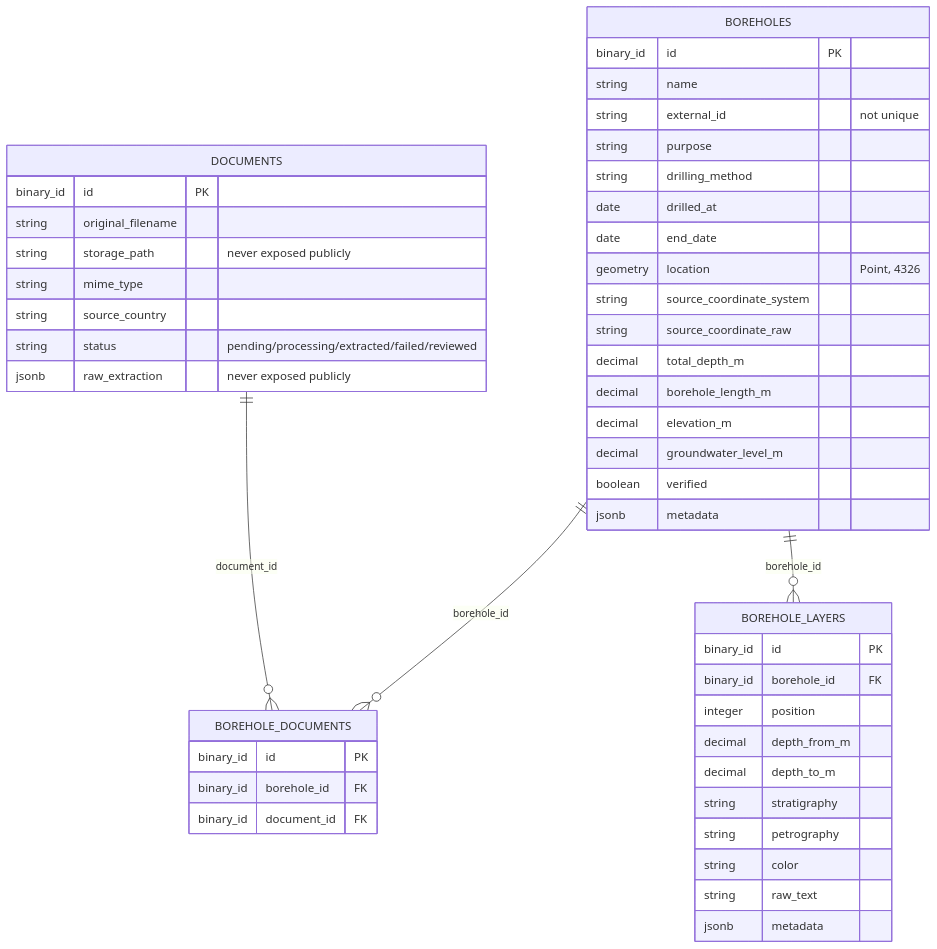
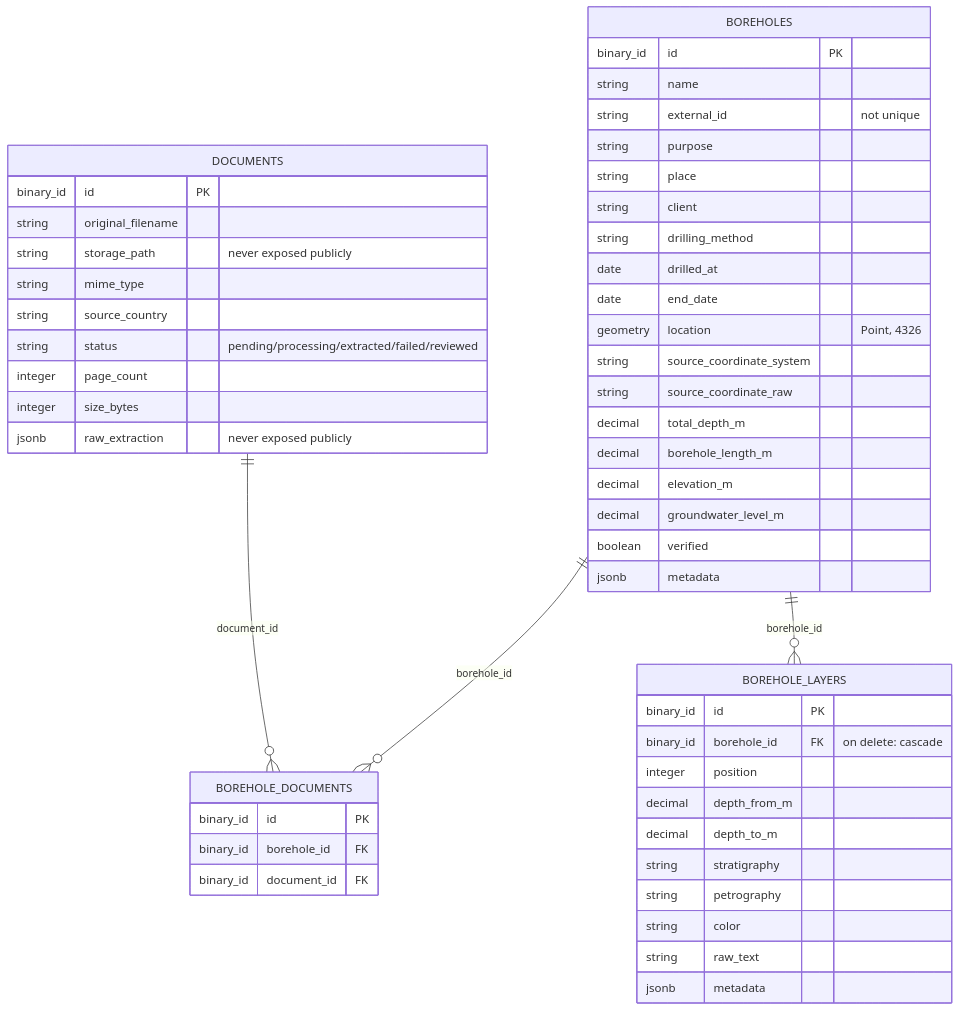
The first of 2 diagrams in docs/data-model.md (t-kelsey/smart-automation), drawn with Mermaid before and after one commit. The commit also changed 3 other files, not shown here.

````diff
--- a/docs/data-model.md
+++ b/docs/data-model.md
@@ -7,54 +7,58 @@
 ```mermaid
 erDiagram
     DOCUMENTS ||--o{ BOREHOLE_DOCUMENTS : document_id
     BOREHOLES ||--o{ BOREHOLE_DOCUMENTS : borehole_id
     BOREHOLES ||--o{ BOREHOLE_LAYERS : borehole_id
 
     DOCUMENTS {
         binary_id id PK
         string original_filename
         string storage_path "never exposed publicly"
         string mime_type
         string source_country
         string status "pending/processing/extracted/failed/reviewed"
+        integer page_count
+        integer size_bytes
         jsonb raw_extraction "never exposed publicly"
     }
 
     BOREHOLES {
         binary_id id PK
         string name
         string external_id "not unique"
         string purpose
+        string place
+        string client
         string drilling_method
         date drilled_at
         date end_date
         geometry location "Point, 4326"
         string source_coordinate_system
         string source_coordinate_raw
         decimal total_depth_m
         decimal borehole_length_m
         decimal elevation_m
         decimal groundwater_level_m
         boolean verified
         jsonb metadata
     }
 
     BOREHOLE_DOCUMENTS {
         binary_id id PK
         binary_id borehole_id FK
         binary_id document_id FK
     }
 
     BOREHOLE_LAYERS {
         binary_id id PK
-        binary_id borehole_id FK
+        binary_id borehole_id FK "on delete: cascade"
         integer position
         decimal depth_from_m
         decimal depth_to_m
         string stratigraphy
         string petrography
         string color
         string raw_text
         jsonb metadata
     }
 ```
````
